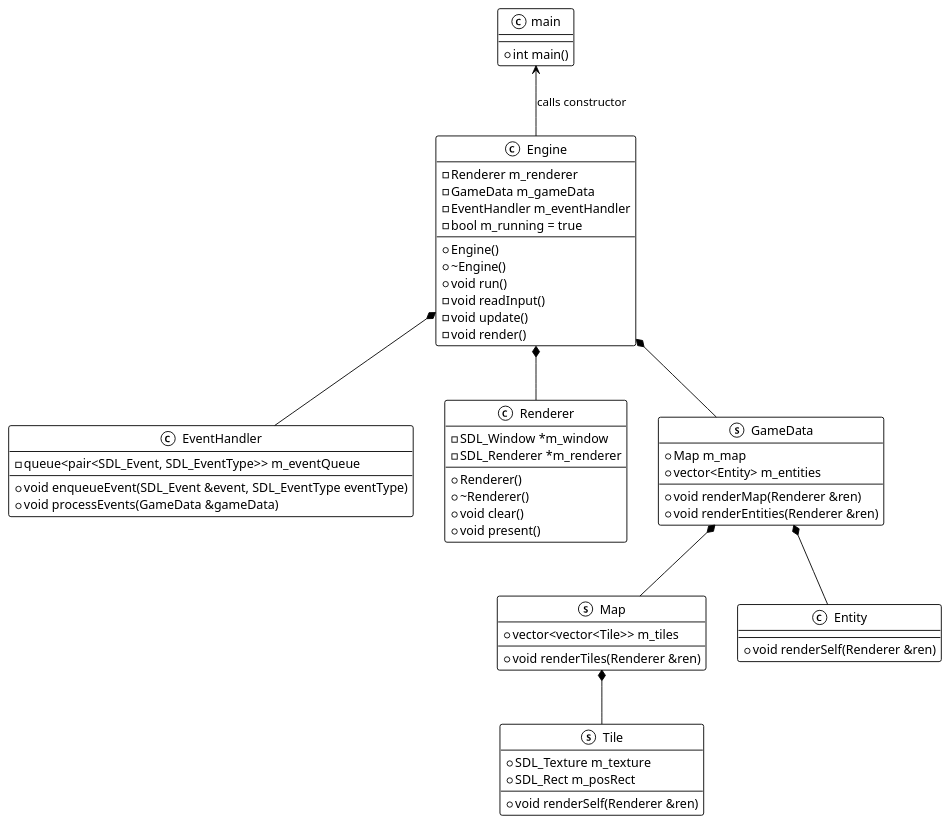
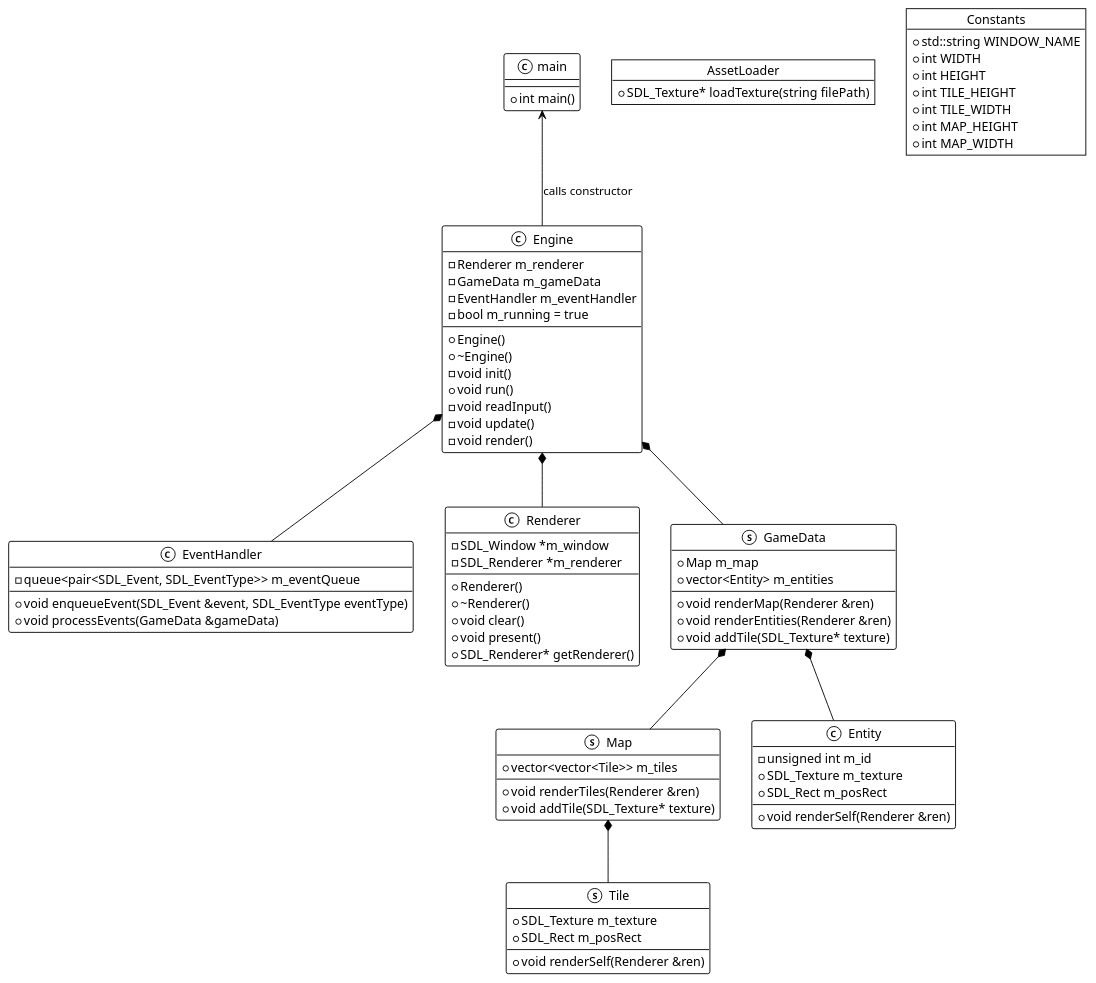
Before and after one commit to sleeepyskies/sle: the diagram in docs/diagrams/Class Diagram.puml, drawn with PlantUML. The commit also changed 19 other files, not shown here.

```diff
--- a/docs/diagrams/Class Diagram.puml
+++ b/docs/diagrams/Class Diagram.puml
@@ -1,81 +1,103 @@
 @startuml
 'https://plantuml.com/class-diagram
 
 !theme mono
 
 class main {
     + int main()
+}
+
+object AssetLoader {
+    + SDL_Texture* loadTexture(string filePath)
+}
+
+object Constants {
+    + std::string WINDOW_NAME
+    + int WIDTH
+    + int HEIGHT
+    + int TILE_HEIGHT
+    + int TILE_WIDTH
+    + int MAP_HEIGHT
+    + int MAP_WIDTH
 }
 
 class Engine {
     - Renderer m_renderer
     - GameData m_gameData
     - EventHandler m_eventHandler
     - bool m_running = true
 
     + Engine()
     + ~Engine()
+    - void init()
     + void run()
     - void readInput()
     - void update()
     - void render()
 }
 
 class EventHandler {
     - queue<pair<SDL_Event, SDL_EventType>> m_eventQueue
 
     + void enqueueEvent(SDL_Event &event, SDL_EventType eventType)
     + void processEvents(GameData &gameData)
 }
 
 class Renderer {
     - SDL_Window *m_window
     - SDL_Renderer *m_renderer
 
     + Renderer()
     + ~Renderer()
     + void clear()
     + void present()
+    + SDL_Renderer* getRenderer()
 }
 
 struct GameData {
     + Map m_map
     + vector<Entity> m_entities
 
     + void renderMap(Renderer &ren)
     + void renderEntities(Renderer &ren)
+    + void addTile(SDL_Texture* texture)
 }
 
 struct Map {
     + vector<vector<Tile>> m_tiles
 
     + void renderTiles(Renderer &ren)
+    + void addTile(SDL_Texture* texture)
 }
 
 struct Tile {
     + SDL_Texture m_texture
     + SDL_Rect m_posRect
 
     + void renderSelf(Renderer &ren)
 }
 
 class Entity {
+    - unsigned int m_id
+    + SDL_Texture m_texture
+    + SDL_Rect m_posRect
+
     + void renderSelf(Renderer &ren)
 }
 
 
 
 
 
 main <-- Engine : calls constructor
 
 Engine *-- Renderer
 Engine *-- GameData
 Engine *-- EventHandler
 
 GameData *-- Map
 GameData *-- Entity
 
 Map *-- Tile
 
 @enduml
```
